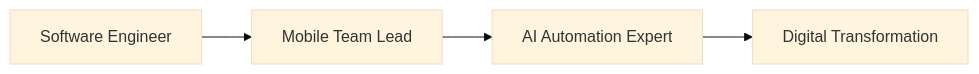
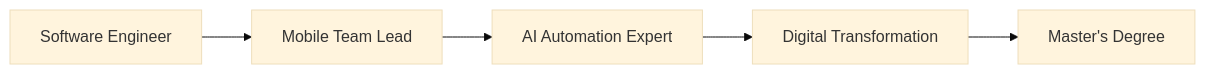
Before and after one commit to ThucTrieu/ThucTrieu: the diagram in README.md, drawn with Mermaid (base theme). The commit also changed other lines of this file, not shown here.

````diff
--- a/README.md
+++ b/README.md
@@ -62,6 +62,7 @@
 ```mermaid
 graph LR
     A[Software Engineer] --> B[Mobile Team Lead]
     B --> C[AI Automation Expert]
     C --> D[Digital Transformation]
+    D --> E[Master's Degree]
 ```
````
